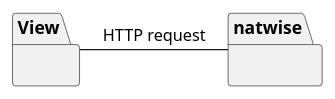
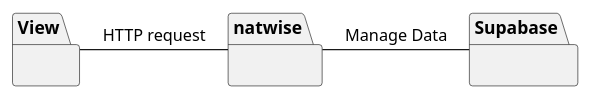
Before and after one commit to mpoboas/natwise: the diagram in docs/Level1/LogicalView.puml, drawn with PlantUML. The commit also changed 4 other files, not shown here.

```diff
--- a/docs/Level1/LogicalView.puml
+++ b/docs/Level1/LogicalView.puml
@@ -1,11 +1,15 @@
 @startuml LogicalView
 
 package View {
 }
 
 package natwise {
 }
 
+package Supabase {
+}
+
 View - natwise : HTTP request
+natwise - Supabase: Manage Data
 
 @enduml
```
